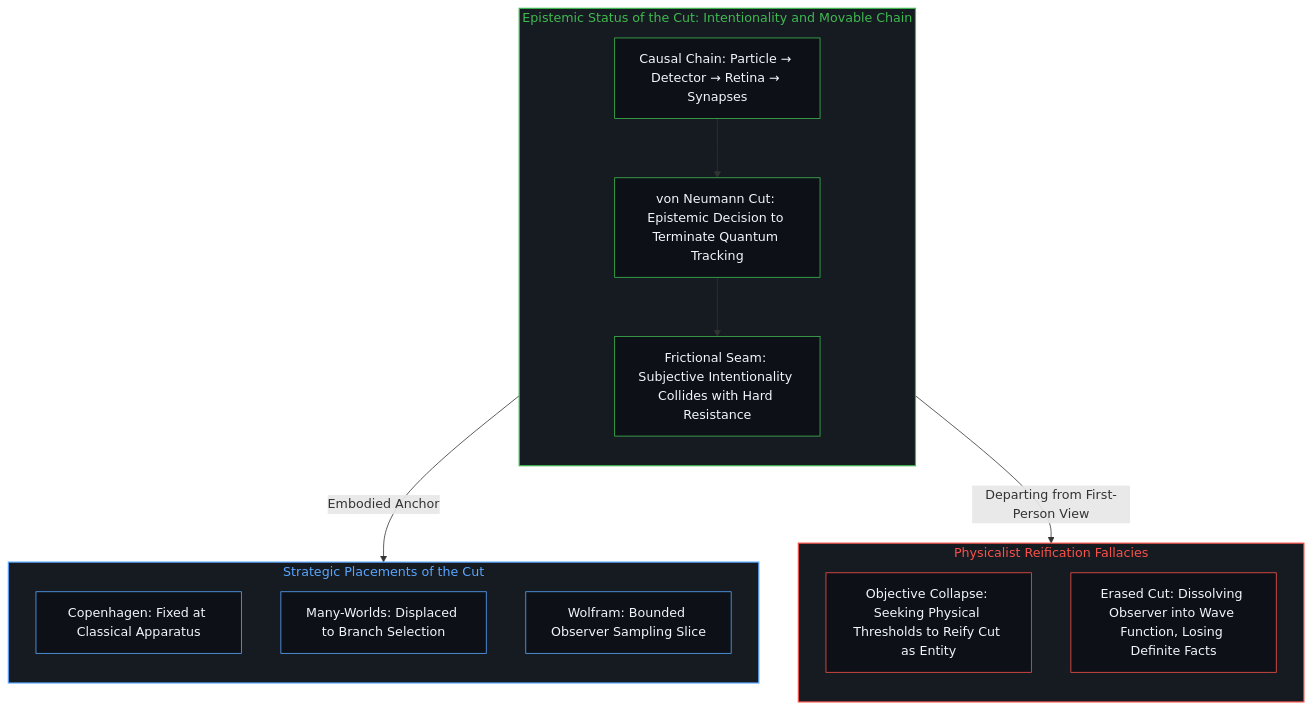
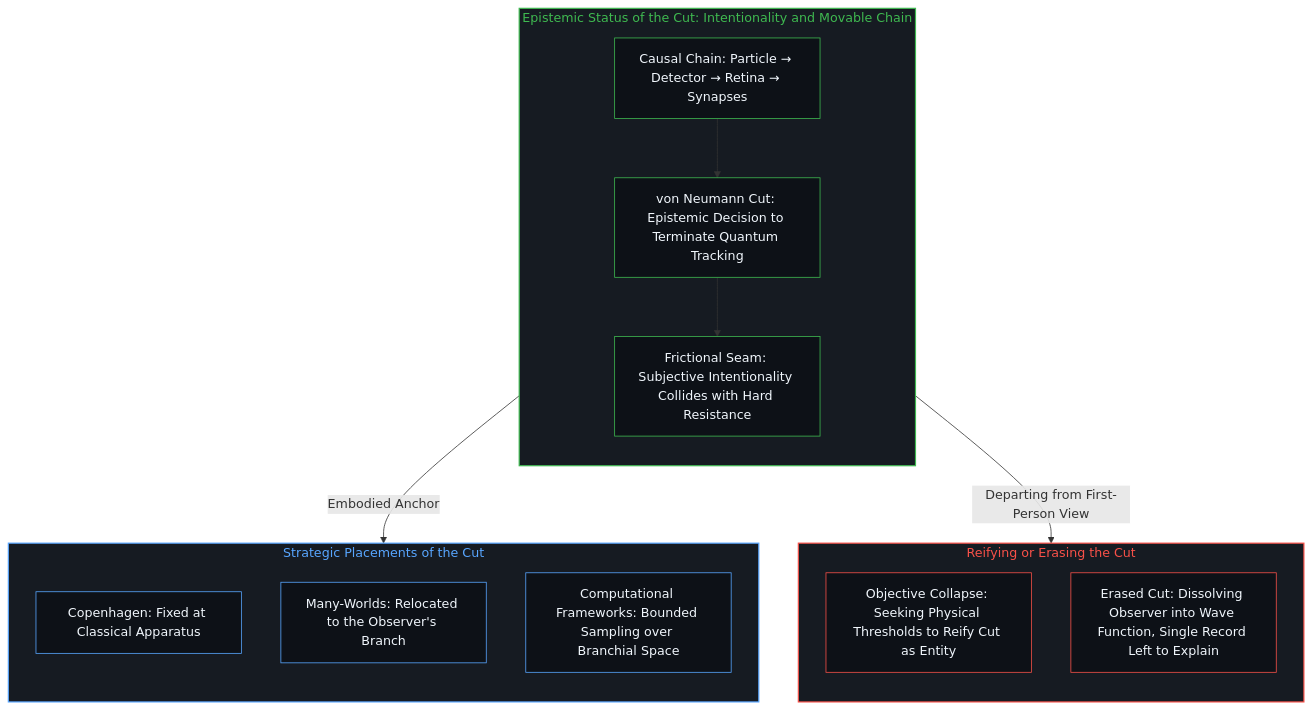
Before and after one commit to powerpig99/not-a-toe: the fourth of 6 diagrams in content/posts/the-cut-moves-but-never-vanishes.md, drawn with Mermaid. The commit also changed other lines of this file and 1 other file, not shown here.

Commit message:
Node 7 refinement: the-cut-moves-but-never-vanishes

````diff
--- a/content/posts/the-cut-moves-but-never-vanishes.md
+++ b/content/posts/the-cut-moves-but-never-vanishes.md
@@ -149,39 +149,39 @@
 ```mermaid
 flowchart TD
     subgraph S_CutMovable["Epistemic Status of the Cut: Intentionality and Movable Chain"]
         direction TB
         C_Chain["Causal Chain: Particle → Detector → Retina → Synapses"]
         C_Cut["von Neumann Cut: Epistemic Decision to Terminate Quantum Tracking"]
         C_Friction["Frictional Seam: Subjective Intentionality Collides with Hard Resistance"]
         C_Chain --> C_Cut
         C_Cut --> C_Friction
     end
 
-    subgraph S_CutErased["Physicalist Reification Fallacies"]
+    subgraph S_CutErased["Reifying or Erasing the Cut"]
         direction TB
         E_Entity["Objective Collapse: Seeking Physical Thresholds to Reify Cut as Entity"]
-        E_Universe["Erased Cut: Dissolving Observer into Wave Function, Losing Definite Facts"]
+        E_Universe["Erased Cut: Dissolving Observer into Wave Function, Single Record Left to Explain"]
     end
 
     subgraph S_Schools["Strategic Placements of the Cut"]
         direction TB
         P_Copenhagen["Copenhagen: Fixed at Classical Apparatus"]
-        P_ManyWorlds["Many-Worlds: Displaced to Branch Selection"]
-        P_Wolfram["Wolfram: Bounded Observer Sampling Slice"]
+        P_ManyWorlds["Many-Worlds: Relocated to the Observer's Branch"]
+        P_Wolfram["Computational Frameworks: Bounded Sampling over Branchial Space"]
     end
 
     C_Friction -->|"Embodied Anchor"| S_Schools
     C_Cut -->|"Departing from First-Person View"| S_CutErased
 
     style S_CutMovable fill:#161b22,stroke:#3fb950,stroke-width:1.5px,color:#3fb950
     style S_CutErased fill:#161b22,stroke:#f85149,stroke-width:1.5px,color:#f85149
     style S_Schools fill:#161b22,stroke:#58a6ff,stroke-width:1.5px,color:#58a6ff
     style C_Chain fill:#0d1117,stroke:#3fb950,stroke-width:1px,color:#f0f6fc
     style C_Cut fill:#0d1117,stroke:#3fb950,stroke-width:1px,color:#f0f6fc
     style C_Friction fill:#0d1117,stroke:#3fb950,stroke-width:1px,color:#f0f6fc
     style E_Entity fill:#0d1117,stroke:#f85149,stroke-width:1px,color:#f0f6fc
     style E_Universe fill:#0d1117,stroke:#f85149,stroke-width:1px,color:#f0f6fc
     style P_Copenhagen fill:#0d1117,stroke:#58a6ff,stroke-width:1px,color:#f0f6fc
     style P_ManyWorlds fill:#0d1117,stroke:#58a6ff,stroke-width:1px,color:#f0f6fc
     style P_Wolfram fill:#0d1117,stroke:#58a6ff,stroke-width:1px,color:#f0f6fc
 ```
````
